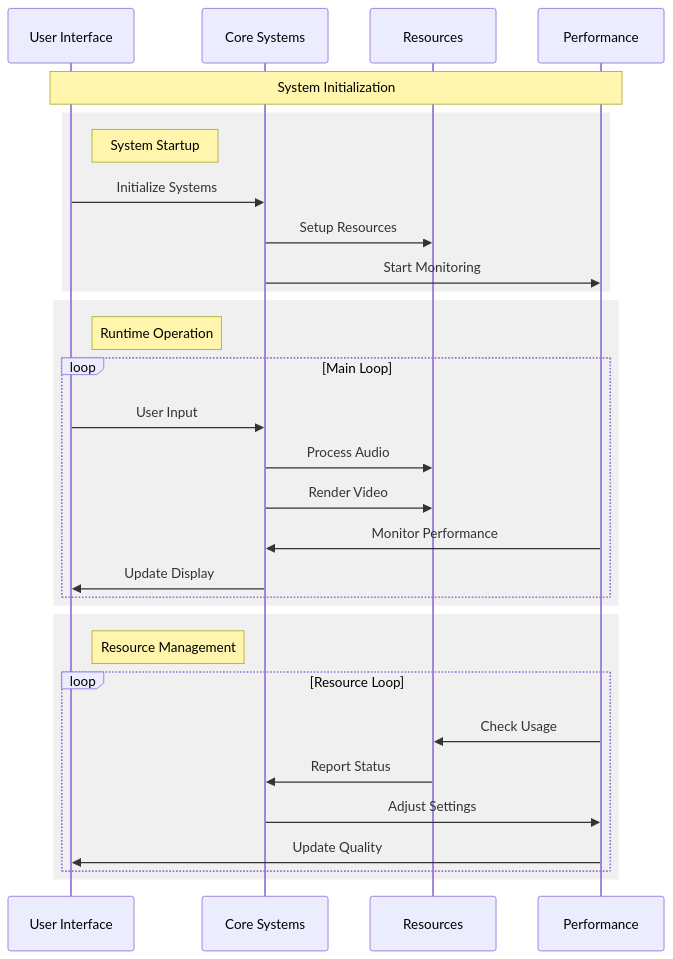
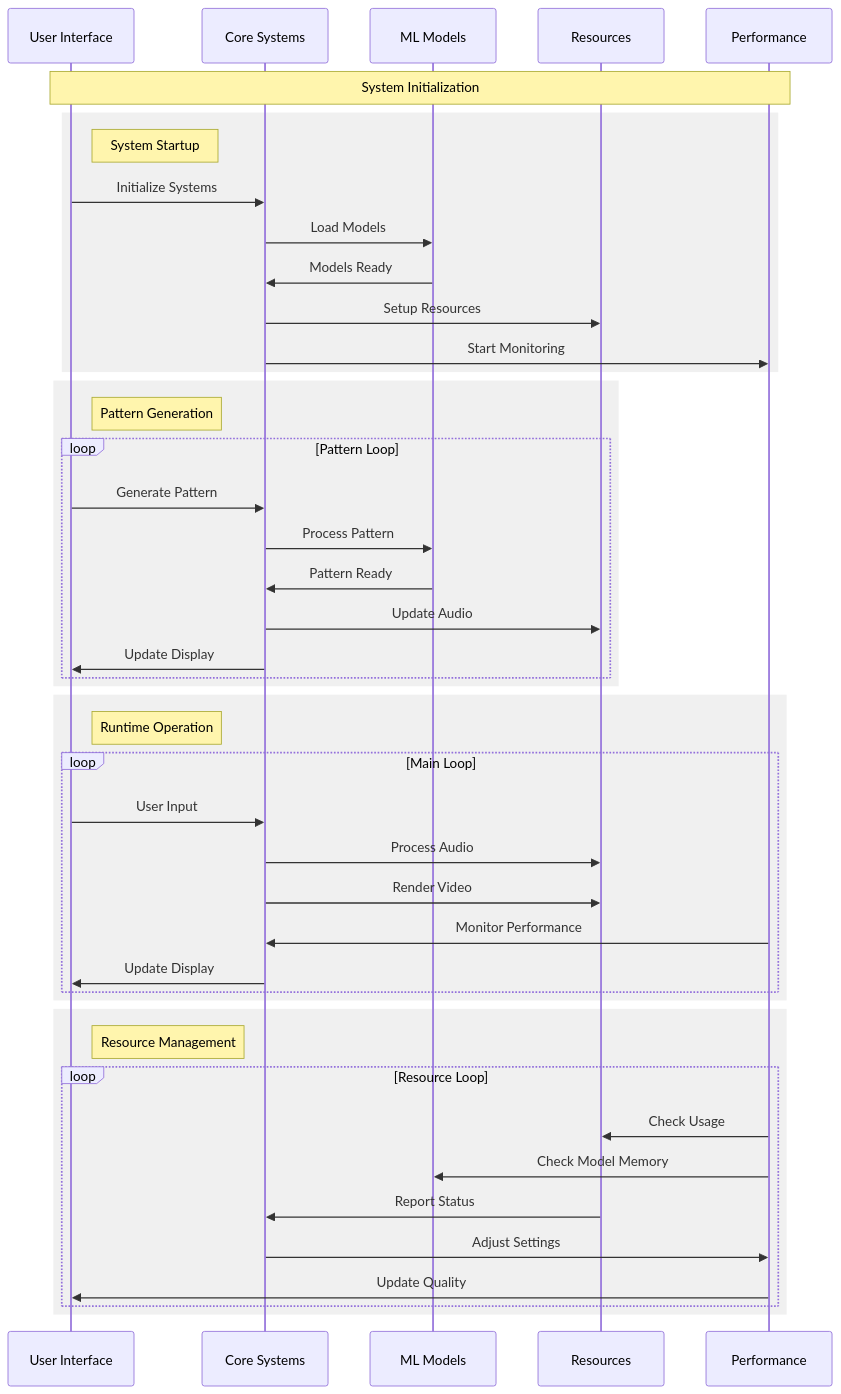
One commit to mgantlett/audio-viz changed the second of 3 diagrams in diagrams/system-architecture.md. Above: the diagram before and after it, drawn with Mermaid. The commit also changed other lines of this file and 9 other files, not shown here.

First line of the commit message:
feat(audio): enhance audio system with Magenta pattern generation

````diff
--- a/diagrams/system-architecture.md
+++ b/diagrams/system-architecture.md
@@ -120,37 +153,52 @@
 ```mermaid
 sequenceDiagram
     participant UI as User Interface
     participant Core as Core Systems
+    participant ML as ML Models
     participant Res as Resources
     participant Perf as Performance
 
     Note over UI,Perf: System Initialization
 
     rect rgb(240, 240, 240)
         Note right of UI: System Startup
         UI->>Core: Initialize Systems
+        Core->>ML: Load Models
+        ML->>Core: Models Ready
         Core->>Res: Setup Resources
         Core->>Perf: Start Monitoring
+    end
+
+    rect rgb(240, 240, 240)
+        Note right of UI: Pattern Generation
+        loop Pattern Loop
+            UI->>Core: Generate Pattern
+            Core->>ML: Process Pattern
+            ML->>Core: Pattern Ready
+            Core->>Res: Update Audio
+            Core->>UI: Update Display
+        end
     end
 
     rect rgb(240, 240, 240)
         Note right of UI: Runtime Operation
         loop Main Loop
             UI->>Core: User Input
             Core->>Res: Process Audio
             Core->>Res: Render Video
             Perf->>Core: Monitor Performance
             Core->>UI: Update Display
         end
     end
 
     rect rgb(240, 240, 240)
         Note right of UI: Resource Management
         loop Resource Loop
             Perf->>Res: Check Usage
+            Perf->>ML: Check Model Memory
             Res->>Core: Report Status
             Core->>Perf: Adjust Settings
             Perf->>UI: Update Quality
         end
     end
 ```
````
